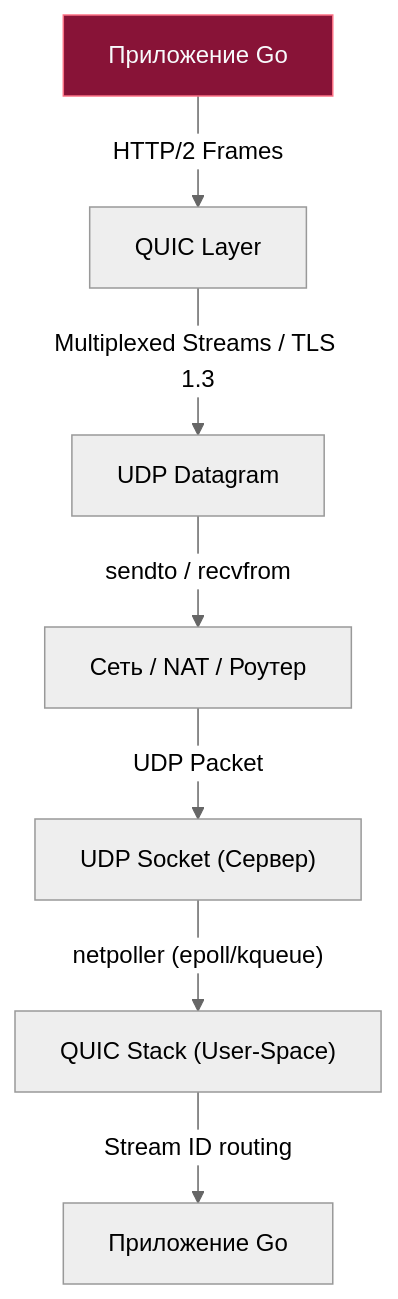
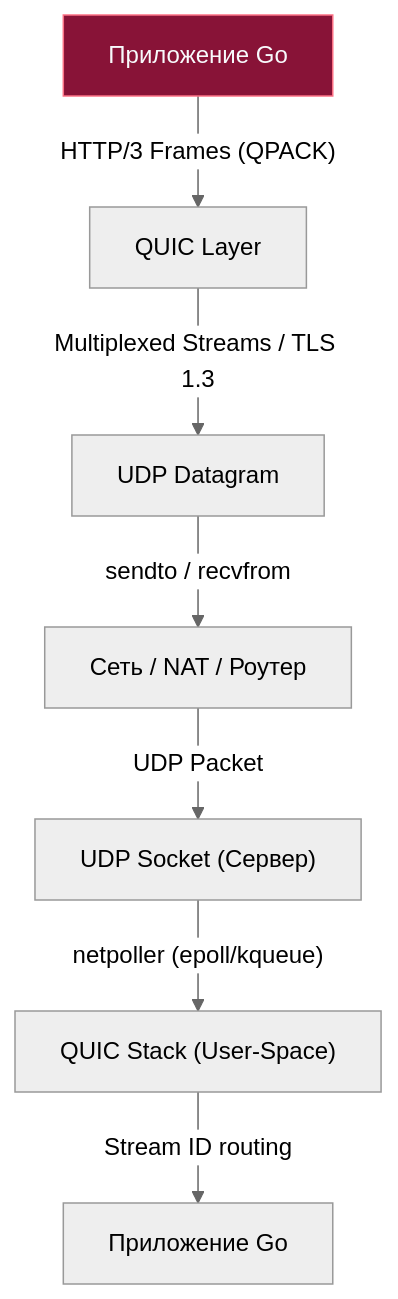
Before and after one commit to UnrealTemplier/go-textbook-ru: the second of 4 diagrams in sources/3. Компьютерные сети и сетевой стек/23. HTTP 3 и QUIC. Почему будущее уходит от TCP.md, drawn with Mermaid (neutral theme). The commit also changed other lines of this file and 43 other files, not shown here.

````diff
--- a/sources/3. Компьютерные сети и сетевой стек/23. HTTP 3 и QUIC. Почему будущее уходит от TCP.md
+++ b/sources/3. Компьютерные сети и сетевой стек/23. HTTP 3 и QUIC. Почему будущее уходит от TCP.md
@@ -57,19 +57,19 @@
 ```mermaid
 flowchart TD
     classDef process  fill:#1e293b,stroke:#38bdf8,stroke-width:1px,color:#f8fafc
     classDef success  fill:#064e3b,stroke:#34d399,stroke-width:1px,color:#f8fafc
     classDef error    fill:#7f1d1d,stroke:#f87171,stroke-width:1px,color:#f8fafc
     classDef warning  fill:#78350f,stroke:#fbbf24,stroke-width:1px,color:#f8fafc
     classDef entry    fill:#1e3a5f,stroke:#38bdf8,stroke-width:2px,color:#f8fafc
     classDef aux      fill:#334155,stroke:#64748b,stroke-width:1px,color:#f8fafc
     classDef system   fill:#312e81,stroke:#a78bfa,stroke-width:1px,color:#f8fafc
     classDef data     fill:#132d29,stroke:#2dd4bf,stroke-width:1px,color:#f8fafc
     classDef network  fill:#881337,stroke:#fb7185,stroke-width:1px,color:#f8fafc
     classDef accent   fill:#1e1b4b,stroke:#818cf8,stroke-width:1px,color:#f8fafc
-    App["Приложение Go"]:::network -->|"HTTP/2 Frames"| QUIC["QUIC Layer"]
+    App["Приложение Go"]:::network -->|"HTTP/3 Frames (QPACK)"| QUIC["QUIC Layer"]
     QUIC -->|"Multiplexed Streams / TLS 1.3"| UDP["UDP Datagram"]
     UDP -->|"sendto / recvfrom"| Net["Сеть / NAT / Роутер"]
     Net -->|"UDP Packet"| ServerUDP["UDP Socket (Сервер)"]
     ServerUDP -->|"netpoller (epoll/kqueue)"| ServerQUIC["QUIC Stack (User-Space)"]
     ServerQUIC -->|"Stream ID routing"| ServerApp["Приложение Go"]
 ```
````
